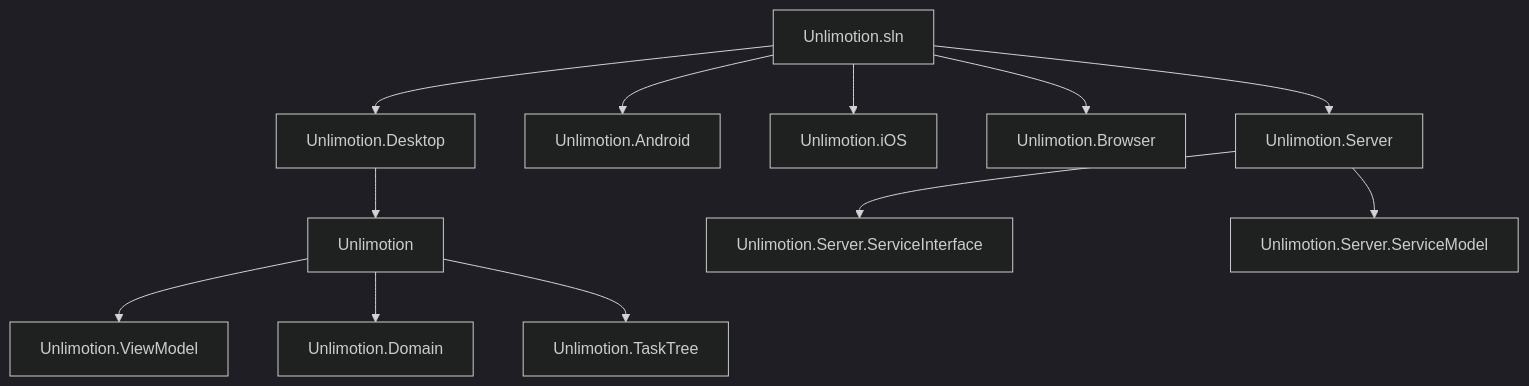
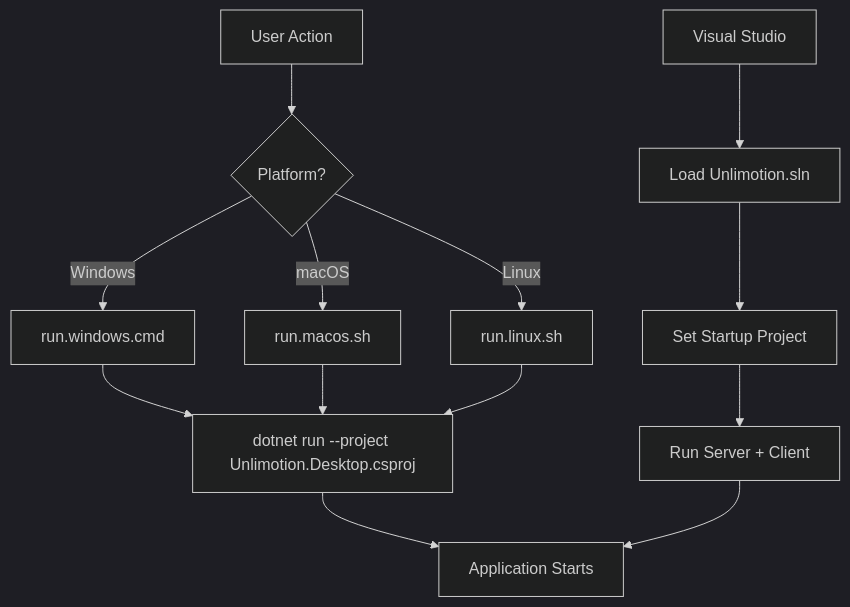
One commit to Kibnet/Unlimotion changed the first of 2 diagrams in .qoder/repowiki/en/content/Development Guide.md. Above: the diagram before and after it, drawn with Mermaid (dark theme). The commit also changed other lines of this file and 216 other files, not shown here.

````diff
--- a/.qoder/repowiki/en/content/Development Guide.md
+++ b/.qoder/repowiki/en/content/Development Guide.md
@@ -49,14 +103,15 @@
 ```mermaid
-graph TD
-A[Unlimotion.sln] --> B[Unlimotion.Desktop]
-A --> C[Unlimotion.Android]
-A --> D[Unlimotion.iOS]
-A --> E[Unlimotion.Browser]
-A --> F[Unlimotion.Server]
-B --> G[Unlimotion]
-G --> H[Unlimotion.ViewModel]
-G --> I[Unlimotion.Domain]
-G --> J[Unlimotion.TaskTree]
-F --> K[Unlimotion.Server.ServiceInterface]
-F --> L[Unlimotion.Server.ServiceModel]
+flowchart TD
+A["User Action"] --> B{"Platform?"}
+B --> |Windows| C["run.windows.cmd"]
+B --> |macOS| D["run.macos.sh"]
+B --> |Linux| E["run.linux.sh"]
+C --> F["dotnet run --project Unlimotion.Desktop.csproj"]
+D --> F
+E --> F
+F --> G["Application Starts"]
+H["Visual Studio"] --> I["Load Unlimotion.sln"]
+I --> J["Set Startup Project"]
+J --> K["Run Server + Client"]
+K --> G
 ```
````
